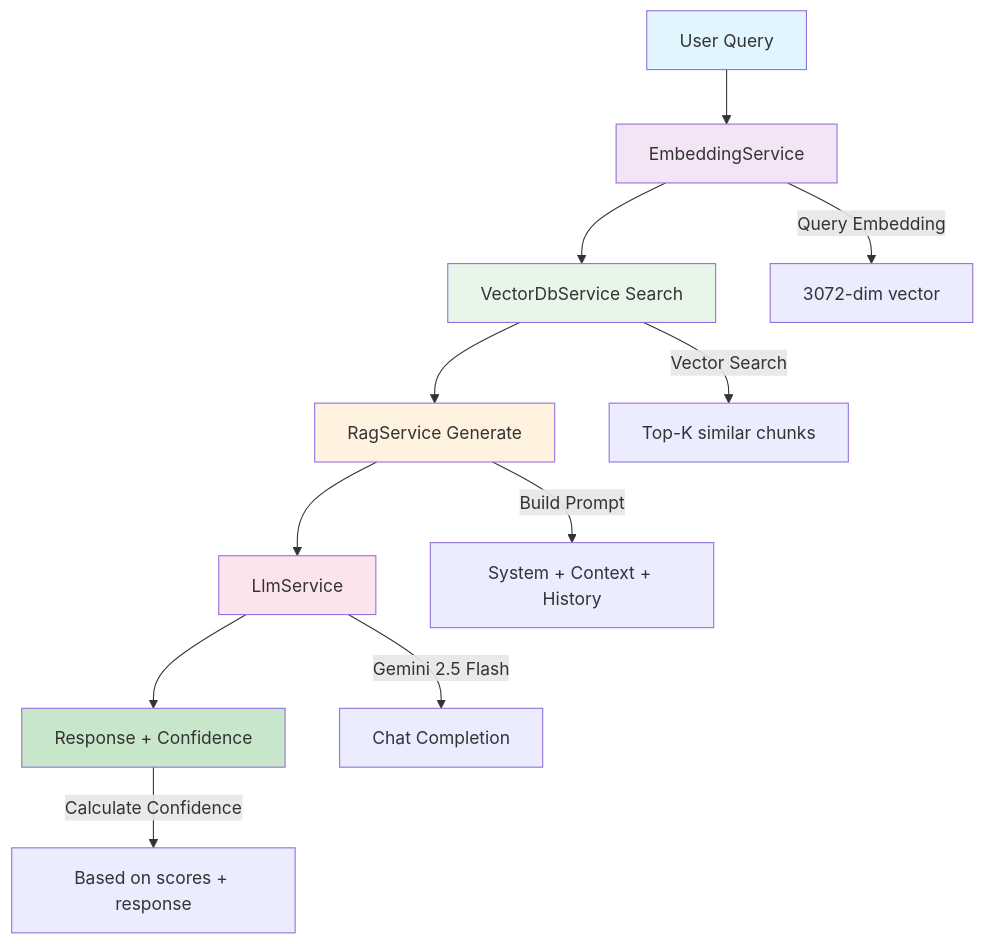
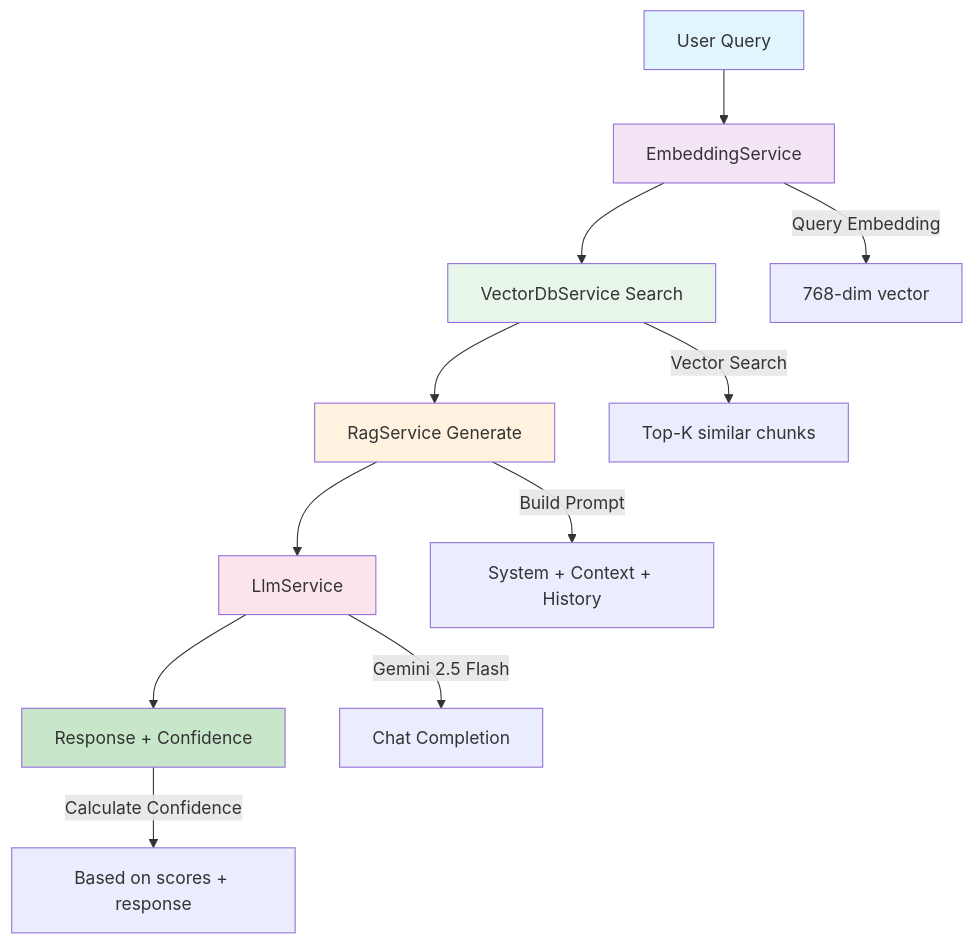
One commit to livechat-ai/livechat-ai-be changed the second of 2 diagrams in RAG_PIPELINE.md. Above: the diagram before and after it, drawn with Mermaid. The commit also changed other lines of this file and 2 other files, not shown here.

Commit message:
docs: Update RAG pipeline to reflect transition to Google text-embedding-004 model with 768-dim vectors

````diff
--- a/RAG_PIPELINE.md
+++ b/RAG_PIPELINE.md
@@ -178,21 +178,21 @@
 ```mermaid
 graph TD
     A[User Query] --> B[EmbeddingService]
     B --> C[VectorDbService Search]
     C --> D[RagService Generate]
     D --> E[LlmService]
     E --> F[Response + Confidence]
     
-    B -->|Query Embedding| B1[3072-dim vector]
+    B -->|Query Embedding| B1[768-dim vector]
     C -->|Vector Search| C1[Top-K similar chunks]
     D -->|Build Prompt| D1[System + Context + History]
     E -->|Gemini 2.5 Flash| E1[Chat Completion]
     F -->|Calculate Confidence| F1[Based on scores + response]
     
     style A fill:#e1f5ff
     style B fill:#f3e5f5
     style C fill:#e8f5e9
     style D fill:#fff3e0
     style E fill:#fce4ec
     style F fill:#c8e6c9
 ```
````
